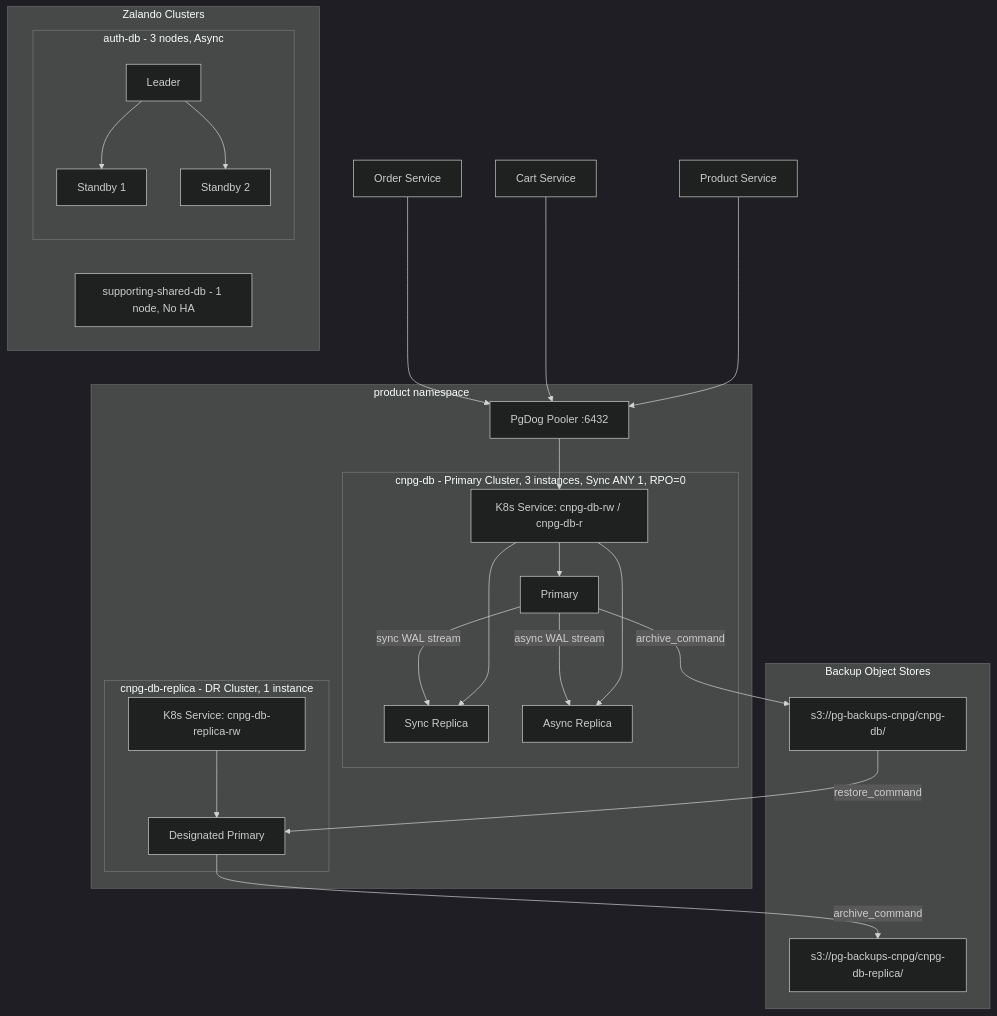
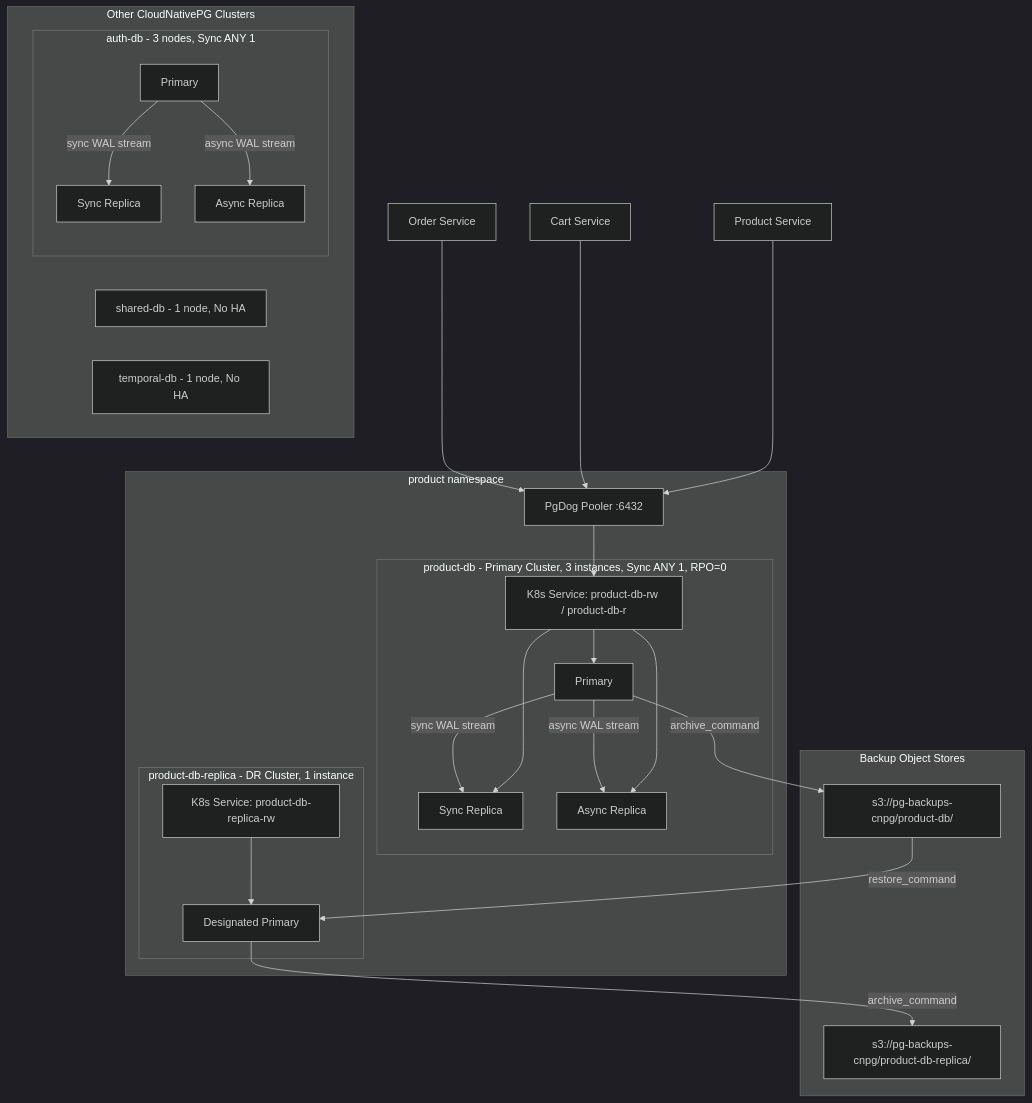
One commit to duynhlab/homelab changed the first of 12 diagrams in docs/databases/004-replication-strategy.md. Above: the diagram before and after it, drawn with Mermaid (dark theme). The commit also changed other lines of this file and 243 other files, not shown here.

````diff
--- a/docs/databases/004-replication-strategy.md
+++ b/docs/databases/004-replication-strategy.md
@@ -22,49 +25,50 @@
 ```mermaid
 flowchart TB
   subgraph productNS ["product namespace"]
-    subgraph cnpgPrimary ["cnpg-db - Primary Cluster, 3 instances, Sync ANY 1, RPO=0"]
-      CnpgSvc["K8s Service: cnpg-db-rw / cnpg-db-r"]
+    subgraph cnpgPrimary ["product-db - Primary Cluster, 3 instances, Sync ANY 1, RPO=0"]
+      CnpgSvc["K8s Service: product-db-rw / product-db-r"]
       P1["Primary"]
       P2["Sync Replica"]
       P3["Async Replica"]
       CnpgSvc --> P1
       CnpgSvc --> P2
       CnpgSvc --> P3
       P1 -->|"sync WAL stream"| P2
       P1 -->|"async WAL stream"| P3
     end
 
-    subgraph cnpgDR ["cnpg-db-replica - DR Cluster, 1 instance"]
-      DRSvc["K8s Service: cnpg-db-replica-rw"]
+    subgraph cnpgDR ["product-db-replica - DR Cluster, 1 instance"]
+      DRSvc["K8s Service: product-db-replica-rw"]
       DR1["Designated Primary"]
       DRSvc --> DR1
     end
 
     PgDog["PgDog Pooler :6432"]
   end
 
   subgraph objStores ["Backup Object Stores"]
-    PrimaryStore["s3://pg-backups-cnpg/cnpg-db/"]
-    DRStore["s3://pg-backups-cnpg/cnpg-db-replica/"]
+    PrimaryStore["s3://pg-backups-cnpg/product-db/"]
+    DRStore["s3://pg-backups-cnpg/product-db-replica/"]
   end
 
-  subgraph zalandoClusters ["Zalando Clusters"]
-    subgraph authCluster ["auth-db - 3 nodes, Async"]
-      AuthP["Leader"]
-      AuthS1["Standby 1"]
-      AuthS2["Standby 2"]
-      AuthP --> AuthS1
-      AuthP --> AuthS2
+  subgraph otherClusters ["Other CloudNativePG Clusters"]
+    subgraph authCluster ["auth-db - 3 nodes, Sync ANY 1"]
+      AuthP["Primary"]
+      AuthS1["Sync Replica"]
+      AuthS2["Async Replica"]
+      AuthP -->|"sync WAL stream"| AuthS1
+      AuthP -->|"async WAL stream"| AuthS2
     end
-    SupportingDB["supporting-shared-db - 1 node, No HA"]
+    SharedDB["shared-db - 1 node, No HA"]
+    TemporalDB["temporal-db - 1 node, No HA"]
   end
 
   ProductSvc["Product Service"] --> PgDog
   CartSvc["Cart Service"] --> PgDog
   OrderSvc["Order Service"] --> PgDog
   PgDog --> CnpgSvc
 
   P1 -->|"archive_command"| PrimaryStore
   PrimaryStore -->|"restore_command"| DR1
   DR1 -->|"archive_command"| DRStore
 ```
````
